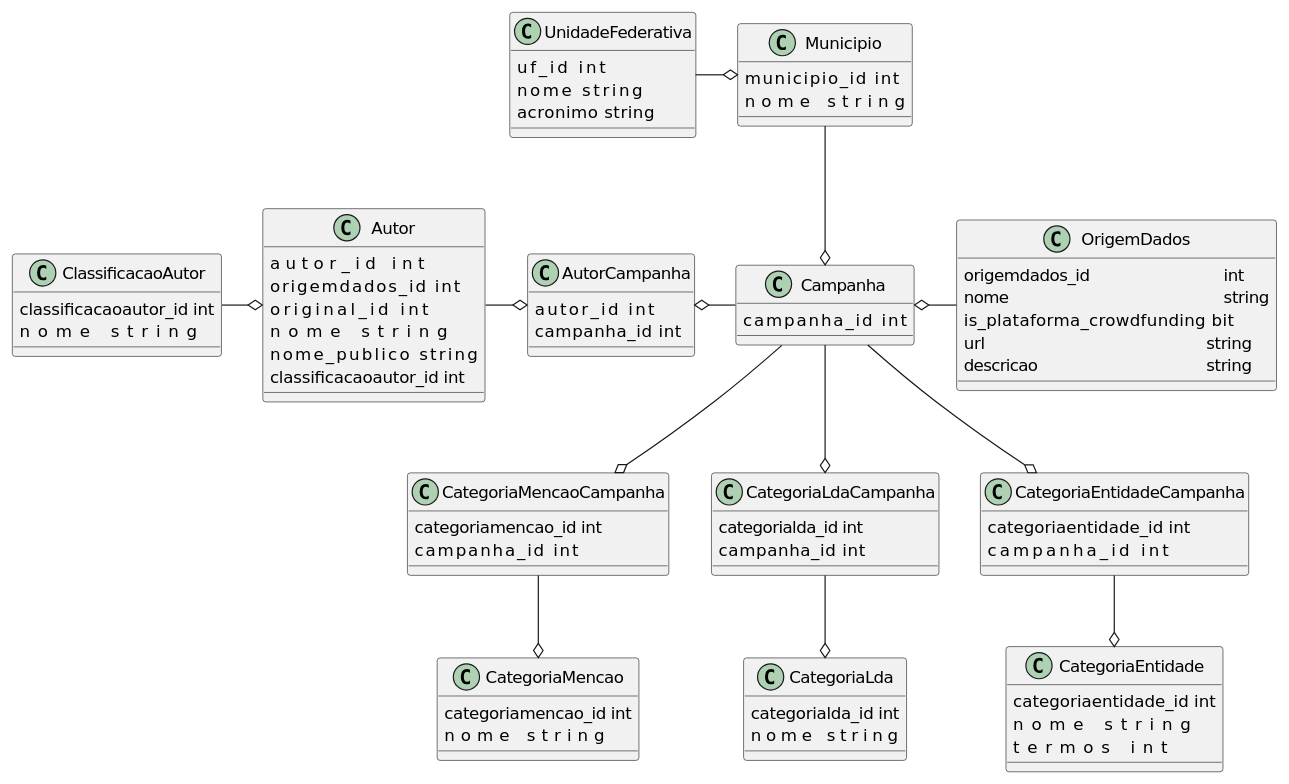
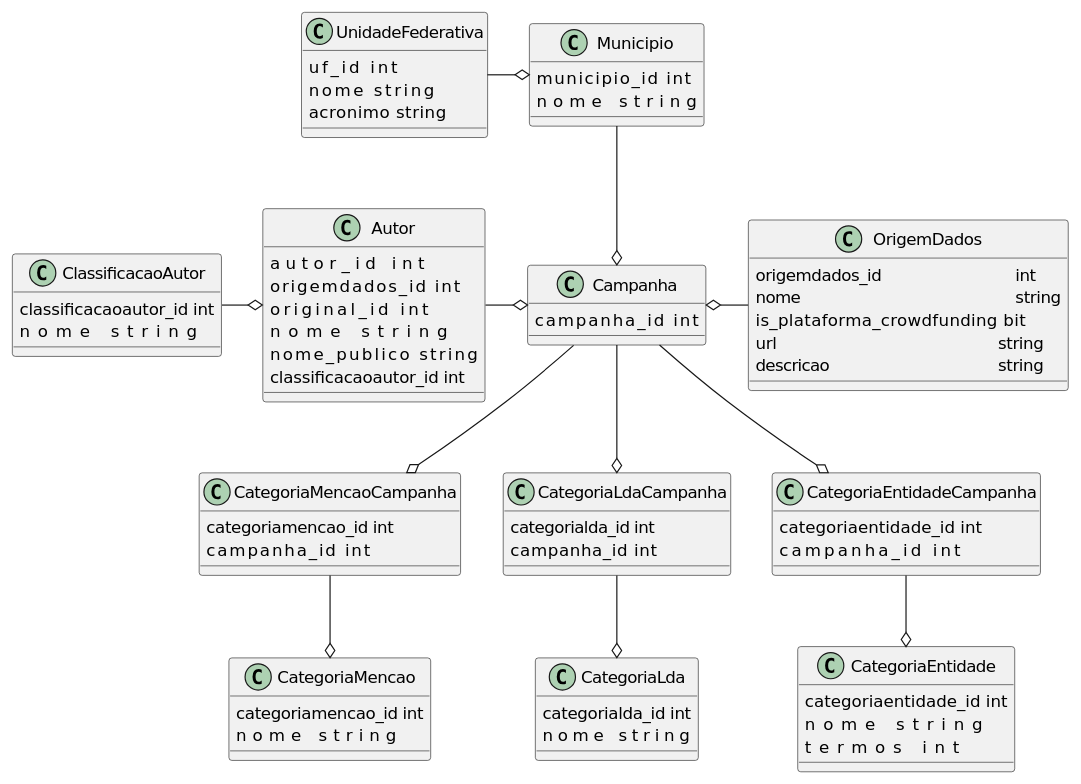
One commit to silva-erick/profico-hq changed the diagram in bin/bancodados/modelo/01-modelo.plantuml. Above: the diagram before and after it, drawn with PlantUML. The commit also changed 8 other files, not shown here.

```diff
--- a/bin/bancodados/modelo/01-modelo.plantuml
+++ b/bin/bancodados/modelo/01-modelo.plantuml
@@ -1,93 +1,87 @@
 @startuml 01-modelo
 
 class OrigemDados {
 	origemdados_id				    int
 	nome						    string
     is_plataforma_crowdfunding      bit
 	url						        string
 	descricao				        string  
 }
 
 class UnidadeFederativa {
     uf_id       int
     nome        string
     acronimo    string
 }
 
 class Municipio {
     municipio_id        int
     nome                string
 }
 
 class ClassificacaoAutor {
     classificacaoautor_id   int
     nome                    string
 }
 
 class Autor {
     autor_id                int
     origemdados_id          int
     original_id             int
     nome                    string
     nome_publico            string
     classificacaoautor_id   int
 }
 
 class Campanha {
     campanha_id         int
 }
 
-class AutorCampanha {
-    autor_id        int
-    campanha_id     int
-}
-
 class CategoriaMencao {
     categoriamencao_id  int
     nome                string
 }
 
 class CategoriaLda {
     categorialda_id  int
     nome             string
 }
 
 class CategoriaEntidade {
     categoriaentidade_id    int
     nome                    string
     termos                  int
 }
 
 class CategoriaMencaoCampanha {
     categoriamencao_id  int
     campanha_id         int
 }
 
 class CategoriaLdaCampanha {
     categorialda_id int
     campanha_id     int
 }
 
 class CategoriaEntidadeCampanha {
     categoriaentidade_id    int
     campanha_id             int
 }
 
 UnidadeFederativa -o Municipio
 Municipio --o Campanha
 
 ClassificacaoAutor -o Autor
-Autor -o AutorCampanha
-AutorCampanha o- Campanha
+Autor -o Campanha
 Campanha o- OrigemDados
 
 Campanha --o CategoriaMencaoCampanha
 Campanha --o CategoriaLdaCampanha
 Campanha --o CategoriaEntidadeCampanha
 
 CategoriaMencaoCampanha --o CategoriaMencao
 CategoriaLdaCampanha --o CategoriaLda
 CategoriaEntidadeCampanha --o CategoriaEntidade
 
 
 @enduml
```
